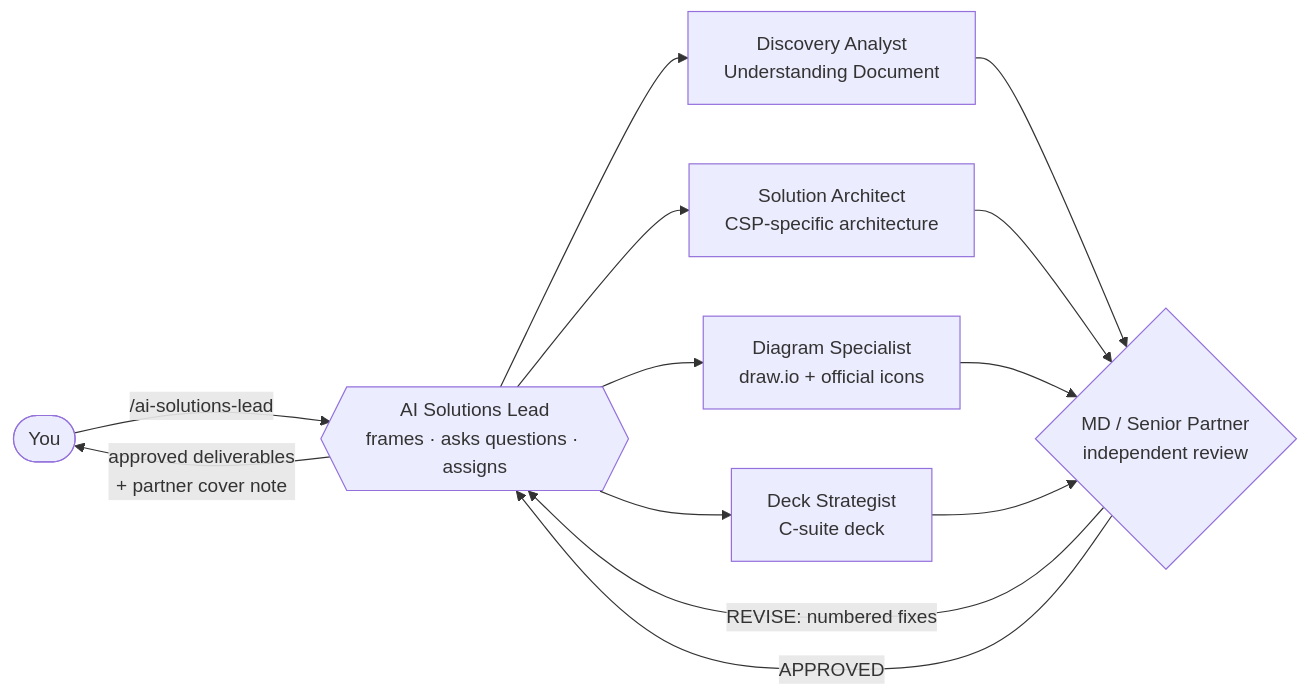
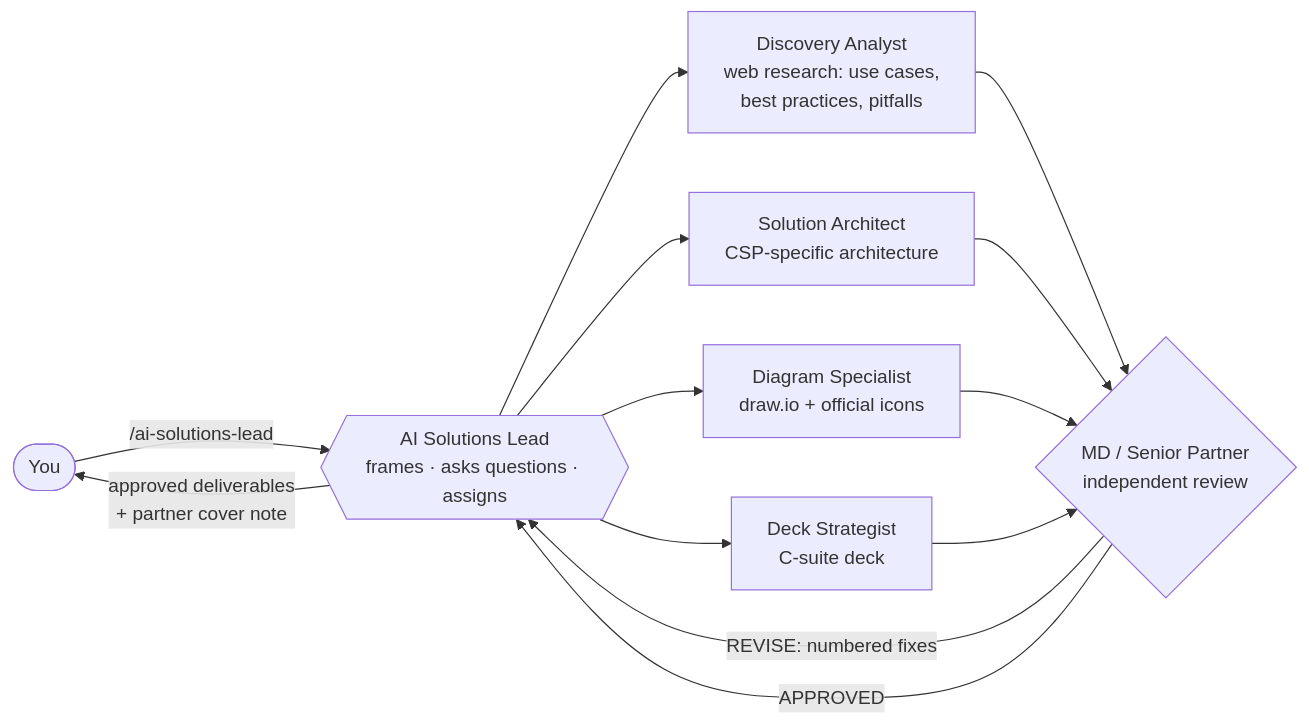
The diagram in plugins/ai-solutions-consultant/README.md (bedirachit/ai-solutions-consultant), drawn with Mermaid before and after one commit. The commit also changed other lines of this file and 16 other files, not shown here.

````diff
--- a/plugins/ai-solutions-consultant/README.md
+++ b/plugins/ai-solutions-consultant/README.md
@@ -42,12 +43,12 @@
 ```mermaid
 flowchart LR
     U([You]) -->|/ai-solutions-lead| L{{AI Solutions Lead<br/>frames · asks questions · assigns}}
-    L --> D[Discovery Analyst<br/>Understanding Document]
+    L --> D[Discovery Analyst<br/>web research: use cases,<br/>best practices, pitfalls]
     L --> A[Solution Architect<br/>CSP-specific architecture]
     L --> G[Diagram Specialist<br/>draw.io + official icons]
     L --> K[Deck Strategist<br/>C-suite deck]
     D & A & G & K --> P{MD / Senior Partner<br/>independent review}
     P -- REVISE: numbered fixes --> L
     P -- APPROVED --> L
     L -->|approved deliverables<br/>+ partner cover note| U
 ```
````
